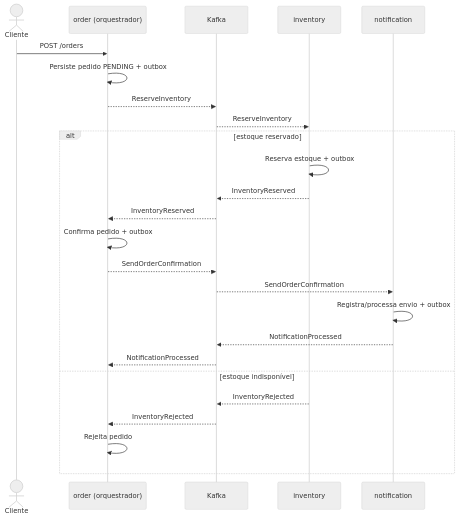
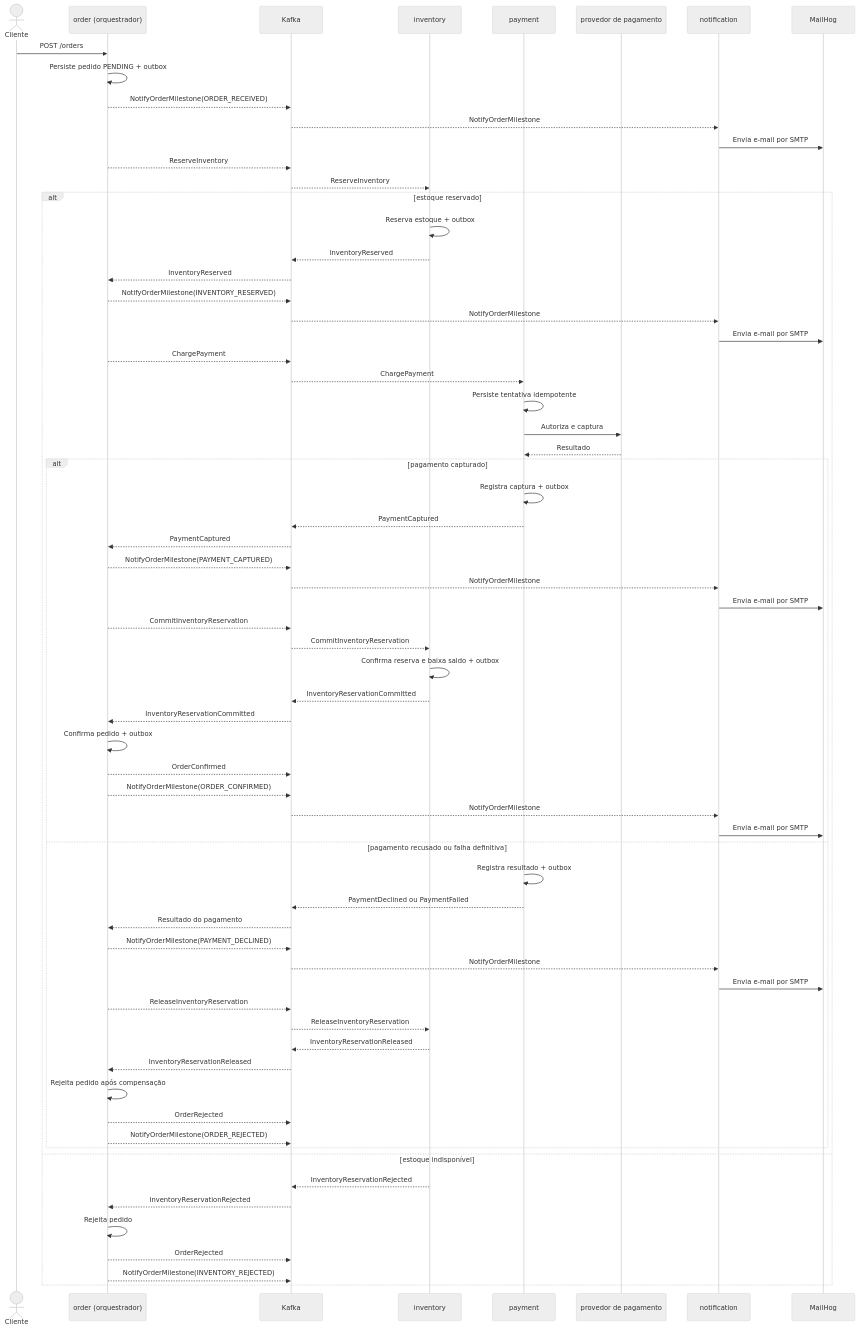
The second of 3 diagrams in docs/architecture.md (marcusvbrangel/market), drawn with Mermaid (neutral theme) before and after one commit. The commit also changed other lines of this file and 77 other files, not shown here.

````diff
--- a/docs/architecture.md
+++ b/docs/architecture.md
@@ -155,29 +181,72 @@
 ```mermaid
 sequenceDiagram
     actor Client as Cliente
     participant Order as order (orquestrador)
     participant Kafka
     participant Inventory as inventory
+    participant Payment as payment
+    participant Provider as provedor de pagamento
     participant Notification as notification
+    participant MailHog as MailHog
 
     Client->>Order: POST /orders
     Order->>Order: Persiste pedido PENDING + outbox
+    Order-->>Kafka: NotifyOrderMilestone(ORDER_RECEIVED)
+    Kafka-->>Notification: NotifyOrderMilestone
+    Notification->>MailHog: Envia e-mail por SMTP
     Order-->>Kafka: ReserveInventory
     Kafka-->>Inventory: ReserveInventory
 
     alt estoque reservado
         Inventory->>Inventory: Reserva estoque + outbox
         Inventory-->>Kafka: InventoryReserved
         Kafka-->>Order: InventoryReserved
-        Order->>Order: Confirma pedido + outbox
-        Order-->>Kafka: SendOrderConfirmation
-        Kafka-->>Notification: SendOrderConfirmation
-        Notification->>Notification: Registra/processa envio + outbox
-        Notification-->>Kafka: NotificationProcessed
-        Kafka-->>Order: NotificationProcessed
+        Order-->>Kafka: NotifyOrderMilestone(INVENTORY_RESERVED)
+        Kafka-->>Notification: NotifyOrderMilestone
+        Notification->>MailHog: Envia e-mail por SMTP
+        Order-->>Kafka: ChargePayment
+        Kafka-->>Payment: ChargePayment
+        Payment->>Payment: Persiste tentativa idempotente
+        Payment->>Provider: Autoriza e captura
+        Provider-->>Payment: Resultado
+
+        alt pagamento capturado
+            Payment->>Payment: Registra captura + outbox
+            Payment-->>Kafka: PaymentCaptured
+            Kafka-->>Order: PaymentCaptured
+            Order-->>Kafka: NotifyOrderMilestone(PAYMENT_CAPTURED)
+            Kafka-->>Notification: NotifyOrderMilestone
+            Notification->>MailHog: Envia e-mail por SMTP
+            Order-->>Kafka: CommitInventoryReservation
+            Kafka-->>Inventory: CommitInventoryReservation
+            Inventory->>Inventory: Confirma reserva e baixa saldo + outbox
+            Inventory-->>Kafka: InventoryReservationCommitted
+            Kafka-->>Order: InventoryReservationCommitted
+            Order->>Order: Confirma pedido + outbox
+            Order-->>Kafka: OrderConfirmed
+            Order-->>Kafka: NotifyOrderMilestone(ORDER_CONFIRMED)
+            Kafka-->>Notification: NotifyOrderMilestone
+            Notification->>MailHog: Envia e-mail por SMTP
+        else pagamento recusado ou falha definitiva
+            Payment->>Payment: Registra resultado + outbox
+            Payment-->>Kafka: PaymentDeclined ou PaymentFailed
+            Kafka-->>Order: Resultado do pagamento
+            Order-->>Kafka: NotifyOrderMilestone(PAYMENT_DECLINED)
+            Kafka-->>Notification: NotifyOrderMilestone
+            Notification->>MailHog: Envia e-mail por SMTP
+            Order-->>Kafka: ReleaseInventoryReservation
+            Kafka-->>Inventory: ReleaseInventoryReservation
+            Inventory-->>Kafka: InventoryReservationReleased
+            Kafka-->>Order: InventoryReservationReleased
+            Order->>Order: Rejeita pedido após compensação
+            Order-->>Kafka: OrderRejected
+            Order-->>Kafka: NotifyOrderMilestone(ORDER_REJECTED)
+        end
     else estoque indisponível
-        Inventory-->>Kafka: InventoryRejected
-        Kafka-->>Order: InventoryRejected
+        Inventory-->>Kafka: InventoryReservationRejected
+        Kafka-->>Order: InventoryReservationRejected
         Order->>Order: Rejeita pedido
+        Order-->>Kafka: OrderRejected
+        Order-->>Kafka: NotifyOrderMilestone(INVENTORY_REJECTED)
     end
 ```
````
